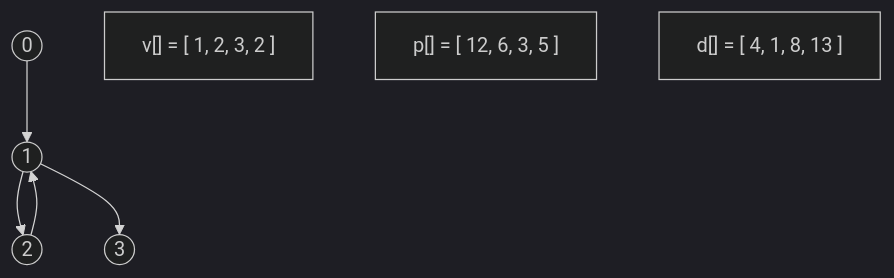
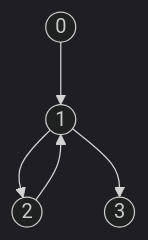
One commit to bfeitknecht/vault changed the diagram in vault/sem2/AuW/UE/cx/bf/cx09-bf.md. Above: the diagram before and after it, drawn with Mermaid (dark theme). The commit also changed other lines of this file, not shown here.

Commit message:
vault backup: 2024-05-17 10:14:37 from MacBook Pro (echo)
Affected files:
vault/sem2/AuW/UE/cx/bf/cx09-bf.md

````diff
--- a/vault/sem2/AuW/UE/cx/bf/cx09-bf.md
+++ b/vault/sem2/AuW/UE/cx/bf/cx09-bf.md
@@ -3,18 +3,18 @@
 ```mermaid
 flowchart TD
 
 id0((0))
 id1((1))
 id2((2))
 id3((3))
 
-v["v[] = [ 1, 2, 3, 2 ]"]
-p["p[] = [ 12, 6, 3, 5 ]"]
-d["d[] = [ 4, 1, 8, 13 ]"]
+%%v["v[] = [ 1, 2, 3, 2 ]"]
+%%p["p[] = [ 12, 6, 3, 5 ]"]
+%%d["d[] = [ 4, 1, 8, 13 ]"]
 
 id0 --> id1
 id1 --> id2
 id2 --> id1
 id1 --> id3
 
 ```
````
